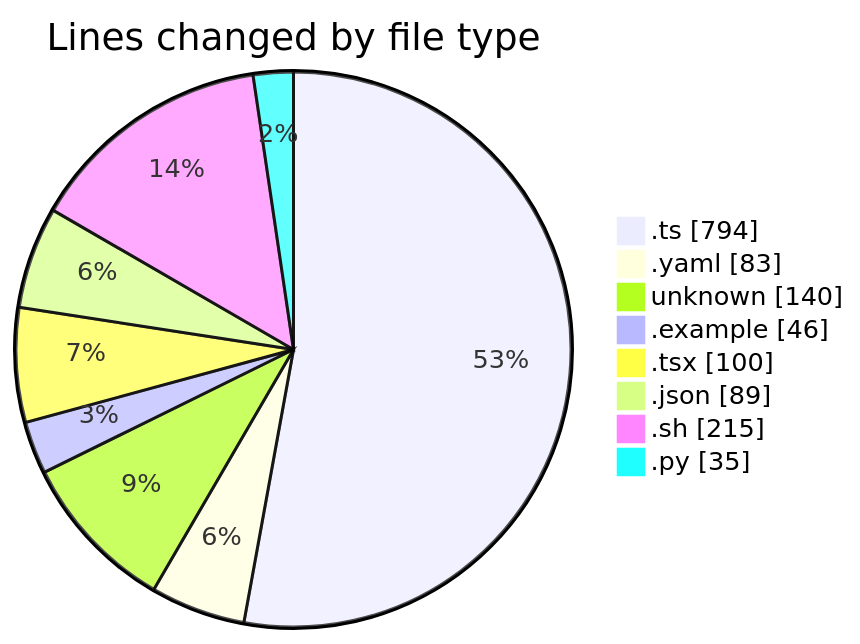
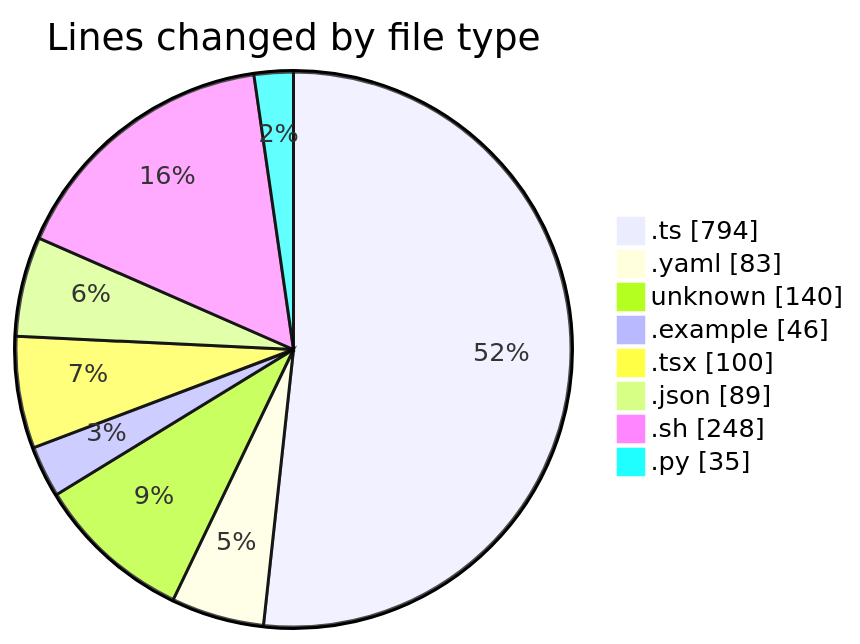
One commit to mevix1/code-tracking changed the first of 2 diagrams in 2025-10-01/open-health/README.md. Above: the diagram before and after it, drawn with Mermaid. The commit also changed other lines of this file and 1 other file, not shown here.

````diff
--- a/2025-10-01/open-health/README.md
+++ b/2025-10-01/open-health/README.md
@@ -40,12 +41,12 @@
 ```mermaid
 pie showData
 title Lines changed by file type
 ".ts" : 794
 ".yaml" : 83
 "unknown" : 140
 ".example" : 46
 ".tsx" : 100
 ".json" : 89
-".sh" : 215
+".sh" : 248
 ".py" : 35
 ```
````
